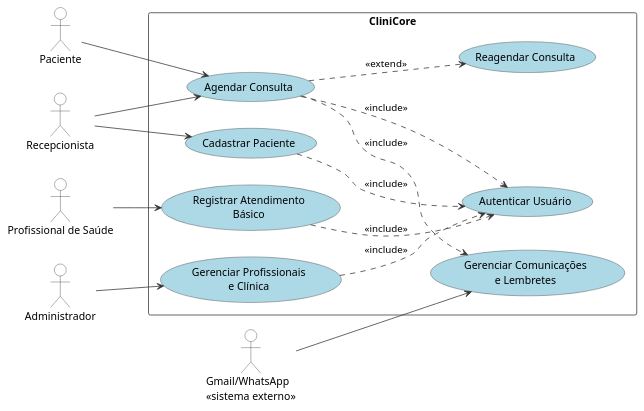
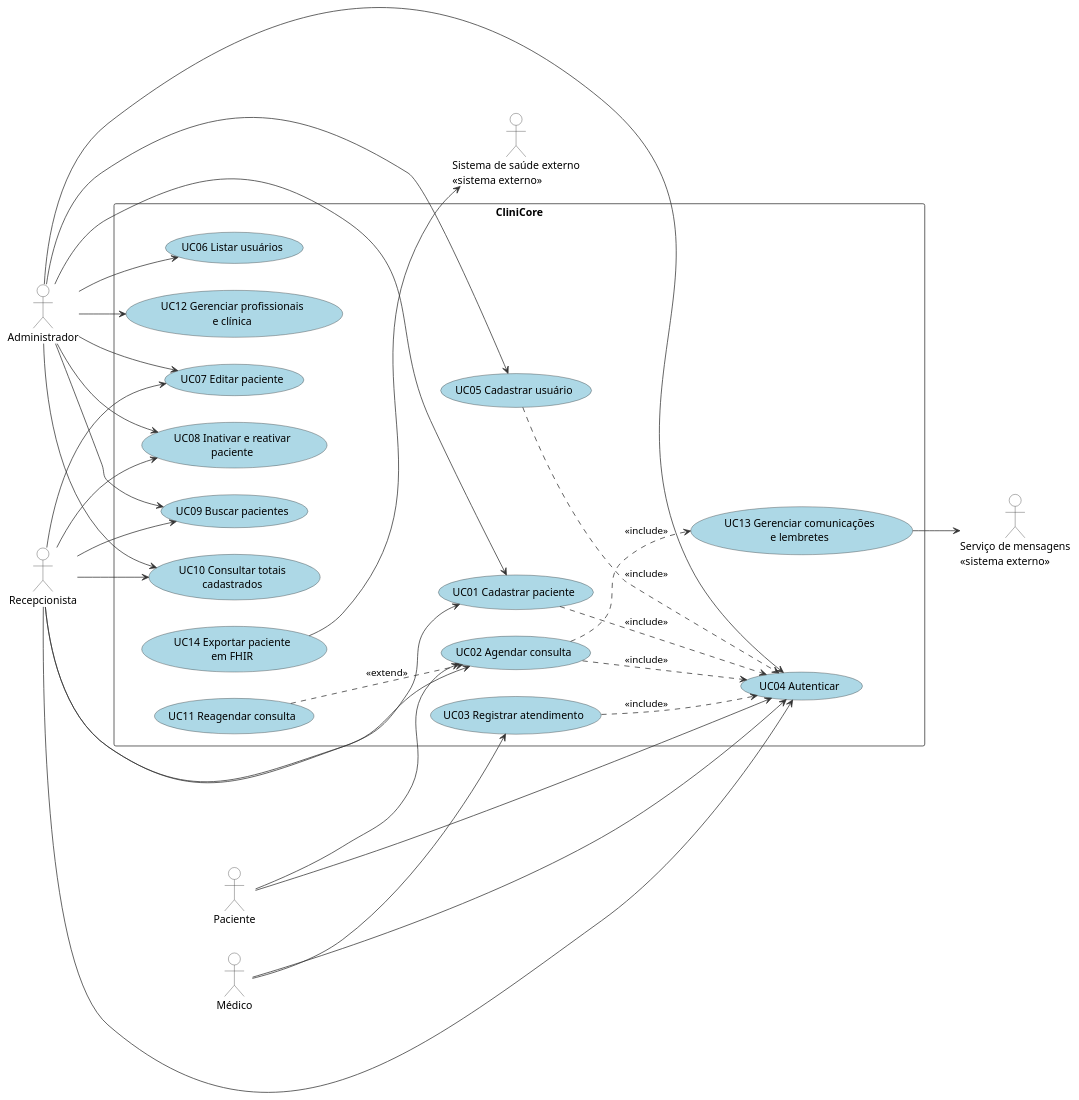
Before and after one commit to beatrizmontenegro07/projeto-metodos: the diagram in docs/relatorio/codigos/casos-de-uso.puml, drawn with PlantUML. The commit also changed 5 other files, not shown here.

Commit message:
docs(relatorio): render the Entrega 2 diagrams and rebuild the PDF

```diff
--- a/docs/relatorio/codigos/casos-de-uso.puml
+++ b/docs/relatorio/codigos/casos-de-uso.puml
@@ -1,58 +1,74 @@
 @startuml
 left to right direction
 
 ' Configurações de estilo para manter as mesmas cores
 skinparam usecase {
     BackgroundColor LightBlue
     BorderColor #333333
     ArrowColor #333333
 }
 skinparam actor {
     BorderColor #333333
     BackgroundColor White
 }
 skinparam rectangle {
     BorderColor #333333
 }
 
-' Atores principais (à esquerda)
+' Mesmo diagrama de docs/04-casos-de-uso/casos-de-uso.puml (Entrega 2).
+actor Administrador
+actor Recepcionista
+actor "Médico" as Medico
 actor Paciente
-actor Recepcionista
-actor "Profissional de Saúde" as Profissional
-actor Administrador
+actor "Serviço de mensagens\n<<sistema externo>>" as Mensagens
+actor "Sistema de saúde externo\n<<sistema externo>>" as SistemaExterno
 
-' Sistema / Limite
 rectangle CliniCore {
-    usecase "Agendar Consulta" as UC_Agendar
-    usecase "Reagendar Consulta" as UC_Reagendar
-    usecase "Cadastrar Paciente" as UC_Cadastrar
-    usecase "Registrar Atendimento\nBásico" as UC_Registrar
-    usecase "Autenticar Usuário" as UC_Autenticar
-    usecase "Gerenciar Profissionais\ne Clínica" as UC_GerenciarProf
-    usecase "Gerenciar Comunicações\ne Lembretes" as UC_GerenciarCom
+  usecase "UC04 Autenticar" as UC04
+  usecase "UC05 Cadastrar usuário" as UC05
+  usecase "UC06 Listar usuários" as UC06
+  usecase "UC12 Gerenciar profissionais\ne clínica" as UC12
+  usecase "UC01 Cadastrar paciente" as UC01
+  usecase "UC07 Editar paciente" as UC07
+  usecase "UC08 Inativar e reativar\npaciente" as UC08
+  usecase "UC09 Buscar pacientes" as UC09
+  usecase "UC10 Consultar totais\ncadastrados" as UC10
+  usecase "UC02 Agendar consulta" as UC02
+  usecase "UC11 Reagendar consulta" as UC11
+  usecase "UC13 Gerenciar comunicações\ne lembretes" as UC13
+  usecase "UC03 Registrar atendimento" as UC03
+  usecase "UC14 Exportar paciente\nem FHIR" as UC14
 }
 
-' Ator externo (posicionado automaticamente na base pelo motor de layout)
-actor "Gmail/WhatsApp\n<<sistema externo>>" as SistExterno
+Administrador --> UC05
+Administrador --> UC06
+Administrador --> UC12
+Administrador --> UC01
+Administrador --> UC07
+Administrador --> UC08
+Administrador --> UC09
+Administrador --> UC10
+Recepcionista --> UC01
+Recepcionista --> UC07
+Recepcionista --> UC08
+Recepcionista --> UC09
+Recepcionista --> UC10
+Recepcionista --> UC02
+Paciente --> UC02
+Medico --> UC03
+Administrador --> UC04
+Recepcionista --> UC04
+Medico --> UC04
+Paciente --> UC04
 
-' Relacionamentos dos Atores com os Casos de Uso
-Paciente --> UC_Agendar
-Recepcionista --> UC_Agendar
-Recepcionista --> UC_Cadastrar
-Profissional --> UC_Registrar
-Administrador --> UC_GerenciarProf
+UC11 ..> UC02 : <<extend>>
+UC02 ..> UC13 : <<include>>
+UC13 --> Mensagens
+UC14 --> SistemaExterno
 
-' Relacionamentos de Extensão e Inclusão (pontilhados)
-UC_Agendar ..> UC_Reagendar : <<extend>>
-
-UC_Agendar ..> UC_Autenticar : <<include>>
-UC_Cadastrar ..> UC_Autenticar : <<include>>
-UC_Registrar ..> UC_Autenticar : <<include>>
-UC_GerenciarProf ..> UC_Autenticar : <<include>>
-
-UC_Agendar ..> UC_GerenciarCom : <<include>>
-
-' Relacionamento do Ator Externo
-SistExterno --> UC_GerenciarCom
-
+' Todos os casos de uso, exceto UC14, incluem UC04; só alguns aparecem para manter o diagrama legível.
+UC01 ..> UC04 : <<include>>
+UC05 ..> UC04 : <<include>>
+UC02 ..> UC04 : <<include>>
+UC03 ..> UC04 : <<include>>
 @enduml
```
